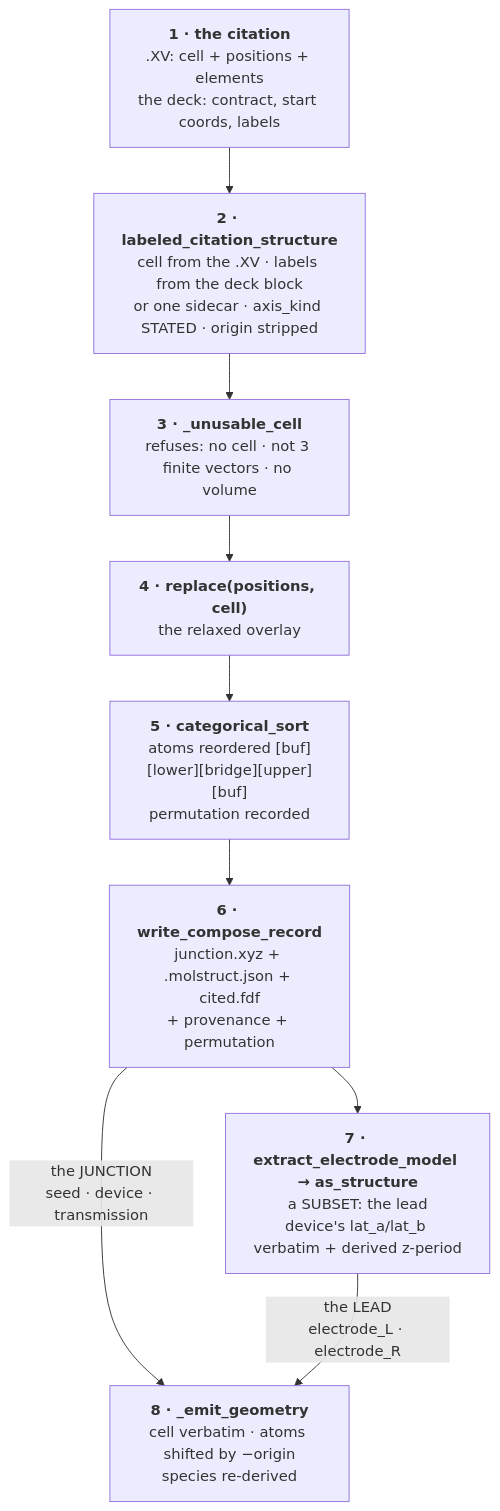
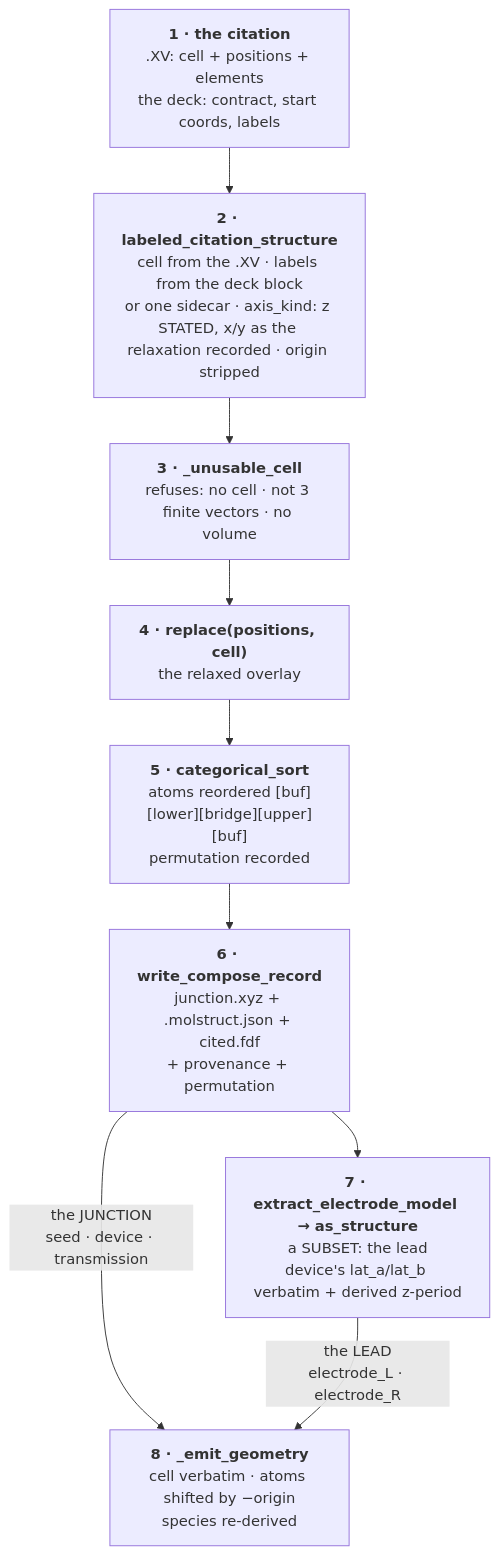
Before and after one commit to Qing-LAB/molbuilder: diagram 11 of 11 in docs/engines/transport.md, drawn with Mermaid. The commit also changed other lines of this file and 14 other files, not shown here.

````diff
--- a/docs/engines/transport.md
+++ b/docs/engines/transport.md
@@ -2885,15 +3018,15 @@
 ```mermaid
 flowchart TB
     XV["<b>1 · the citation</b><br/>.XV: cell + positions + elements<br/>the deck: contract, start coords, labels"]
-    LOAD["<b>2 · labeled_citation_structure</b><br/>cell from the .XV · labels from the deck block<br/>or one sidecar · axis_kind STATED · origin stripped"]
+    LOAD["<b>2 · labeled_citation_structure</b><br/>cell from the .XV · labels from the deck block<br/>or one sidecar · axis_kind: z STATED, x/y as the relaxation recorded · origin stripped"]
     GATE["<b>3 · _unusable_cell</b><br/>refuses: no cell · not 3 finite vectors · no volume"]
     OVER["<b>4 · replace(positions, cell)</b><br/>the relaxed overlay"]
     SORT["<b>5 · categorical_sort</b><br/>atoms reordered [buf][lower][bridge][upper][buf]<br/>permutation recorded"]
     REC["<b>6 · write_compose_record</b><br/>junction.xyz + .molstruct.json + cited.fdf<br/>+ provenance + permutation"]
     EX["<b>7 · extract_electrode_model → as_structure</b><br/>a SUBSET: the lead<br/>device's lat_a/lat_b verbatim + derived z-period"]
     EM["<b>8 · _emit_geometry</b><br/>cell verbatim · atoms shifted by −origin<br/>species re-derived"]
 
     XV --> LOAD --> GATE --> OVER --> SORT --> REC
     REC -->|"the JUNCTION<br/>seed · device · transmission"| EM
     REC --> EX -->|"the LEAD<br/>electrode_L · electrode_R"| EM
 ```
````
